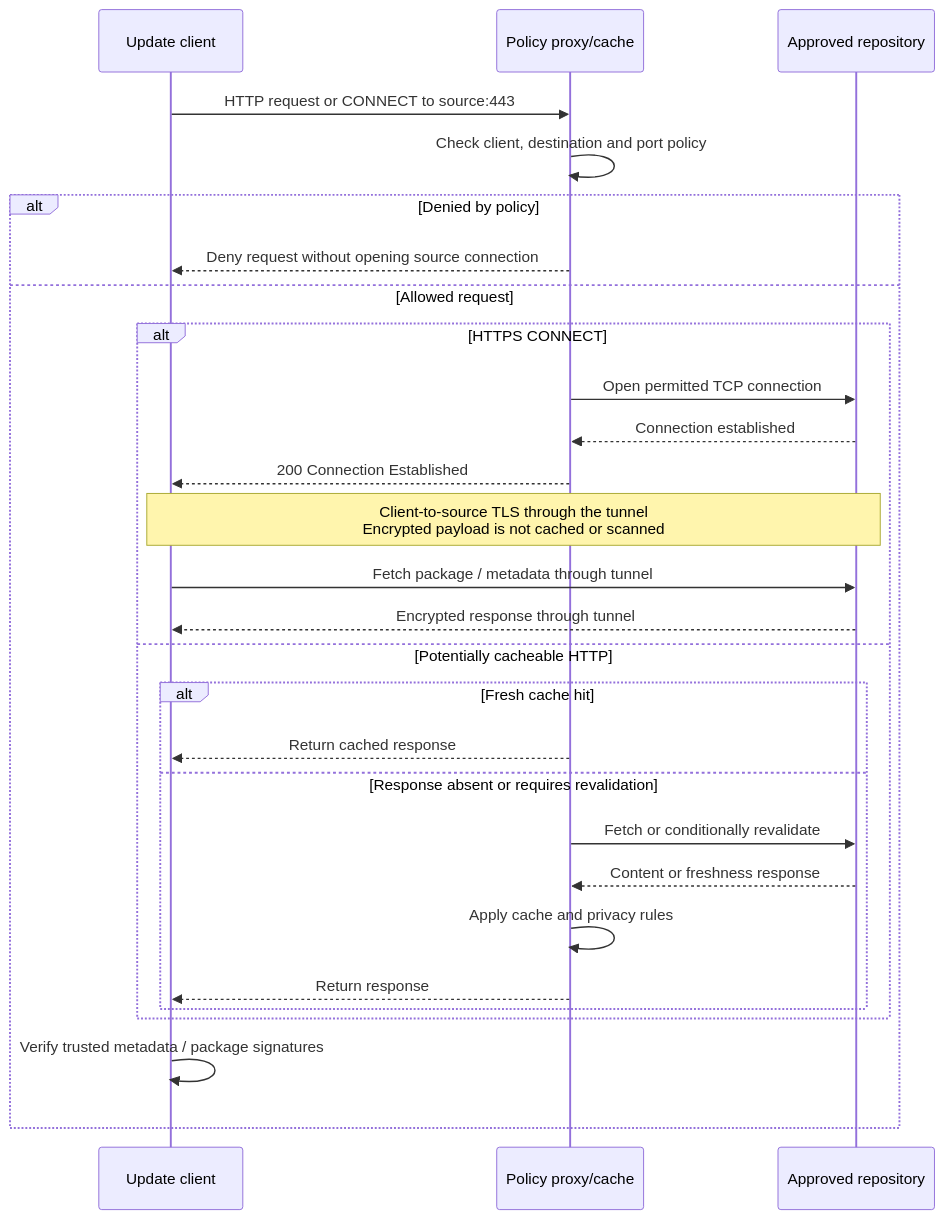
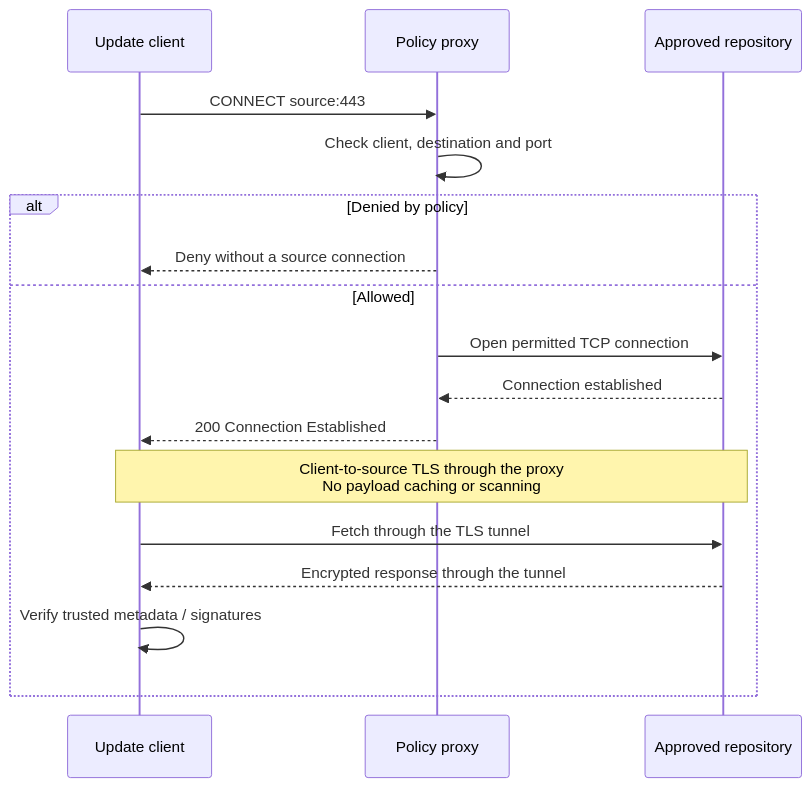
The first of 2 diagrams in docs/01-architecture/07-software-intake/README.md (Rexus/homelab), drawn with Mermaid before and after one commit. The commit also changed other lines of this file and 124 other files, not shown here.

First line of the commit message:
fix(platform): align service diagrams and directory failover

````diff
--- a/docs/01-architecture/07-software-intake/README.md
+++ b/docs/01-architecture/07-software-intake/README.md
@@ -85,30 +50,19 @@
 ```mermaid
 sequenceDiagram
   participant Client as Update client
-  participant Proxy as Policy proxy/cache
+  participant Proxy as Policy proxy
   participant Source as Approved repository
-  Client->>Proxy: HTTP request or CONNECT to source:443
-  Proxy->>Proxy: Check client, destination and port policy
+  Client->>Proxy: CONNECT source:443
+  Proxy->>Proxy: Check client, destination and port
   alt Denied by policy
-    Proxy-->>Client: Deny request without opening source connection
-  else Allowed request
-    alt HTTPS CONNECT
-      Proxy->>Source: Open permitted TCP connection
-      Source-->>Proxy: Connection established
-      Proxy-->>Client: 200 Connection Established
-      Note over Client,Source: Client-to-source TLS through the tunnel<br/>Encrypted payload is not cached or scanned
-      Client->>Source: Fetch package / metadata through tunnel
-      Source-->>Client: Encrypted response through tunnel
-    else Potentially cacheable HTTP
-      alt Fresh cache hit
-        Proxy-->>Client: Return cached response
-      else Response absent or requires revalidation
-        Proxy->>Source: Fetch or conditionally revalidate
-        Source-->>Proxy: Content or freshness response
-        Proxy->>Proxy: Apply cache and privacy rules
-        Proxy-->>Client: Return response
-      end
-    end
-    Client->>Client: Verify trusted metadata / package signatures
+    Proxy-->>Client: Deny without a source connection
+  else Allowed
+    Proxy->>Source: Open permitted TCP connection
+    Source-->>Proxy: Connection established
+    Proxy-->>Client: 200 Connection Established
+    Note over Client,Source: Client-to-source TLS through the proxy<br/>No payload caching or scanning
+    Client->>Source: Fetch through the TLS tunnel
+    Source-->>Client: Encrypted response through the tunnel
+    Client->>Client: Verify trusted metadata / signatures
   end
 ```
````
